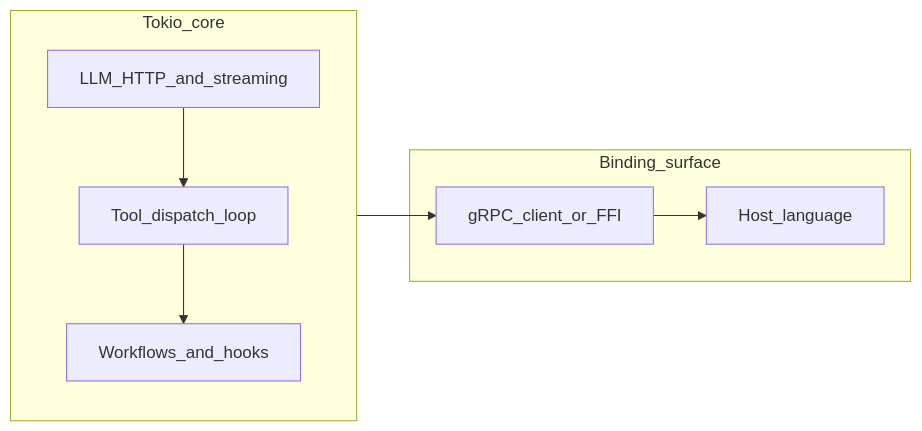
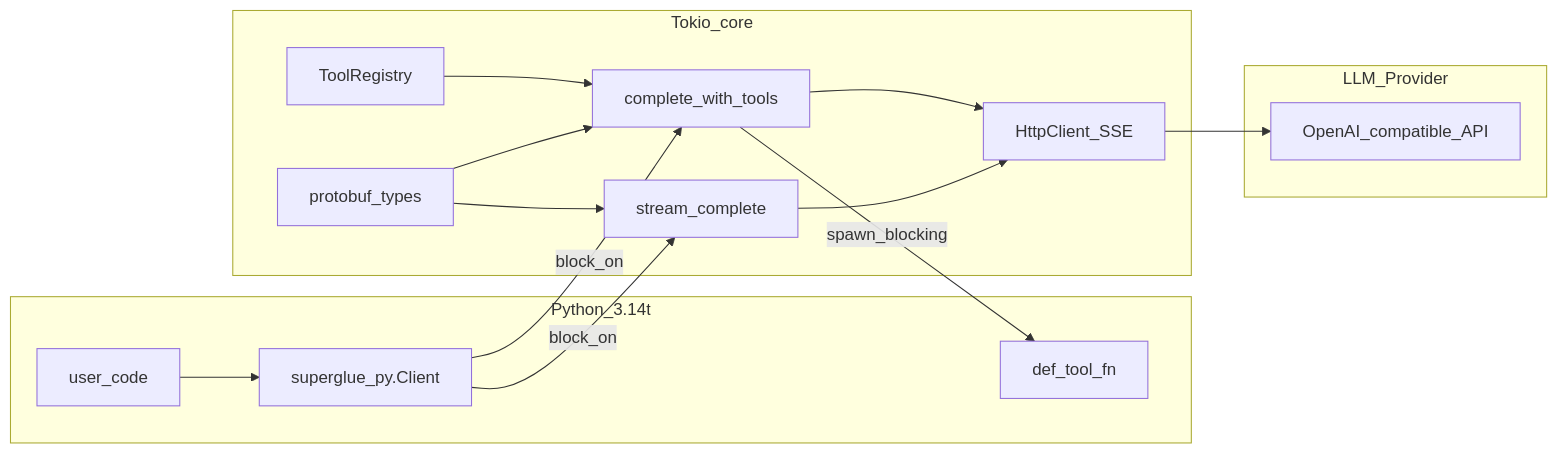
The diagram in _docs/02-architecture.md (Bioto/superglue), drawn with Mermaid before and after one commit. The commit also changed other lines of this file and 6 other files, not shown here.

````diff
--- a/_docs/02-architecture.md
+++ b/_docs/02-architecture.md
@@ -32,16 +67,28 @@
 ```mermaid
 flowchart LR
+  subgraph py [Python_3.14t]
+    App[user_code]
+    Client[superglue_py.Client]
+    ToolFn[def_tool_fn]
+  end
   subgraph core [Tokio_core]
-    LLM[LLM_HTTP_and_streaming]
-    Loop[Tool_dispatch_loop]
-    WF[Workflows_and_hooks]
+    HTTP[HttpClient_SSE]
+    Loop[complete_with_tools]
+    Stream[stream_complete]
+    Registry[ToolRegistry]
+    Proto[protobuf_types]
   end
-  subgraph edge [Binding_surface]
-    RPC[gRPC_client_or_FFI]
-    Host[Host_language]
+  subgraph provider [LLM_Provider]
+    API[OpenAI_compatible_API]
   end
-  LLM --> Loop
-  Loop --> WF
-  core --> RPC
-  RPC --> Host
+  App --> Client
+  Client -->|block_on| Loop
+  Client -->|block_on| Stream
+  Loop --> HTTP
+  Stream --> HTTP
+  HTTP --> API
+  Loop -->|spawn_blocking| ToolFn
+  Registry --> Loop
+  Proto --> Loop
+  Proto --> Stream
 ```
````
